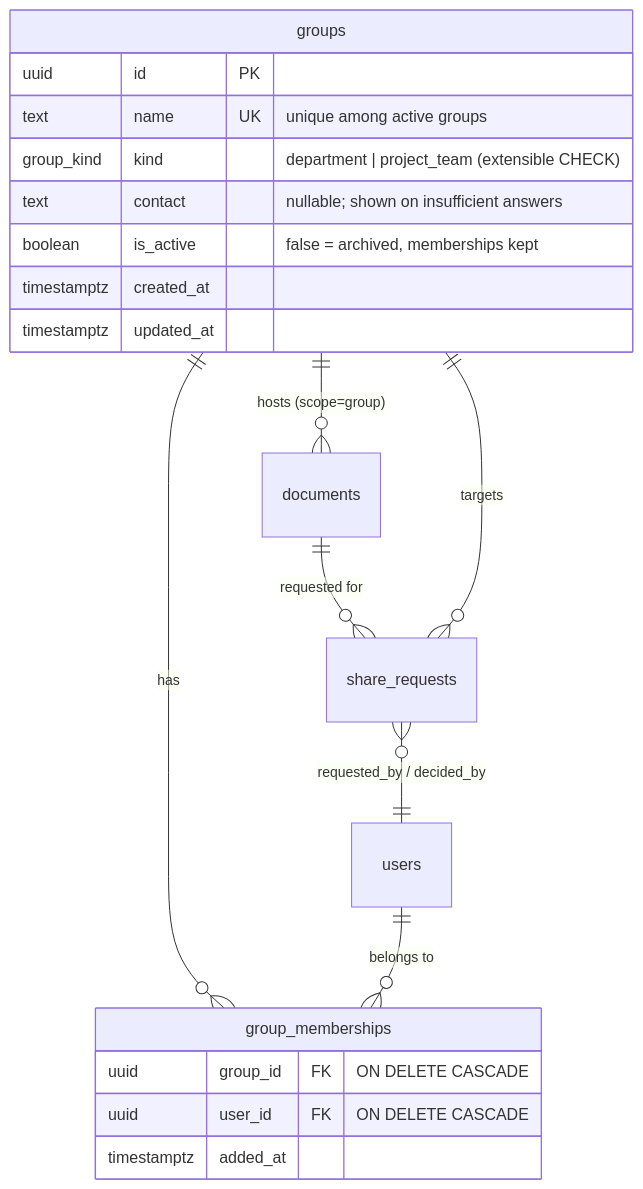
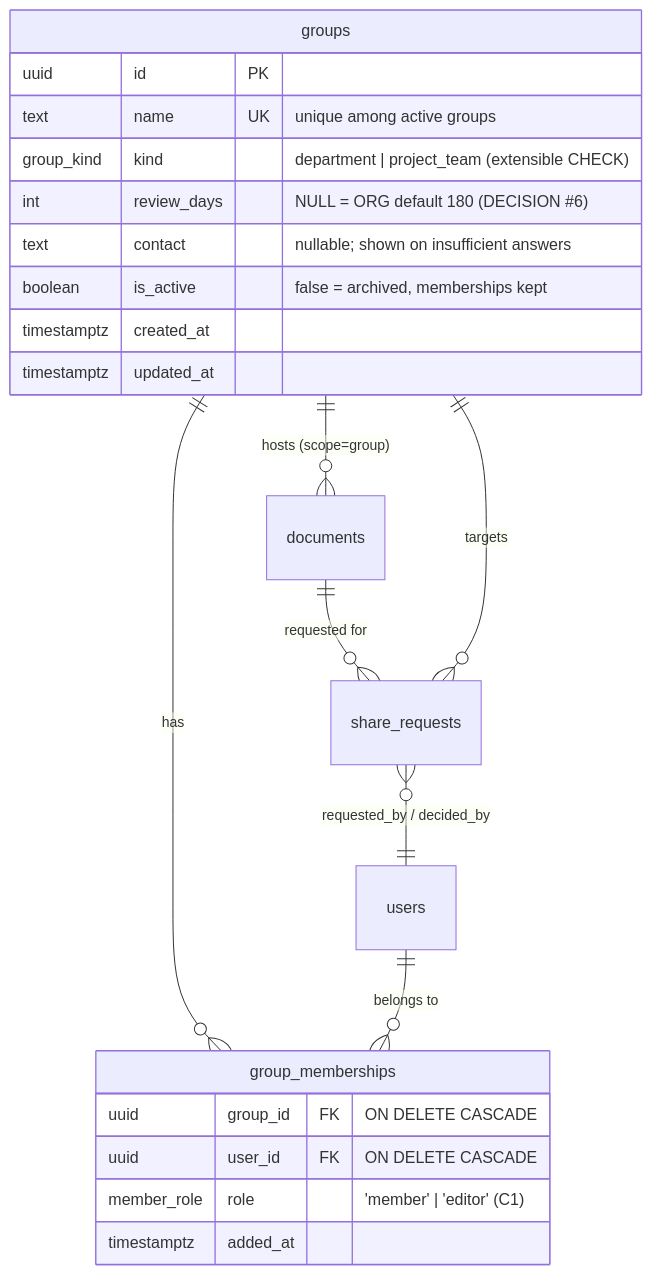
The fifth of 5 diagrams in docs/backend-design.md (farhadtanveer/Enterprise-Agentic-RAG), drawn with Mermaid before and after one commit. The commit also changed other lines of this file, not shown here.

````diff
--- a/docs/backend-design.md
+++ b/docs/backend-design.md
@@ -1142,24 +1161,26 @@
 ```mermaid
 erDiagram
     groups ||--o{ group_memberships : "has"
     users ||--o{ group_memberships : "belongs to"
     groups ||--o{ documents : "hosts (scope=group)"
     documents ||--o{ share_requests : "requested for"
     share_requests }o--|| groups : "targets"
     share_requests }o--|| users : "requested_by / decided_by"
 
     groups {
         uuid id PK
         text name UK "unique among active groups"
         group_kind kind "department | project_team (extensible CHECK)"
+        int review_days "NULL = ORG default 180 (DECISION #6)"
         text contact "nullable; shown on insufficient answers"
         boolean is_active "false = archived, memberships kept"
         timestamptz created_at
         timestamptz updated_at
     }
     group_memberships {
         uuid group_id FK "ON DELETE CASCADE"
         uuid user_id FK "ON DELETE CASCADE"
+        member_role role "'member' | 'editor' (C1)"
         timestamptz added_at
     }
 ```
````
